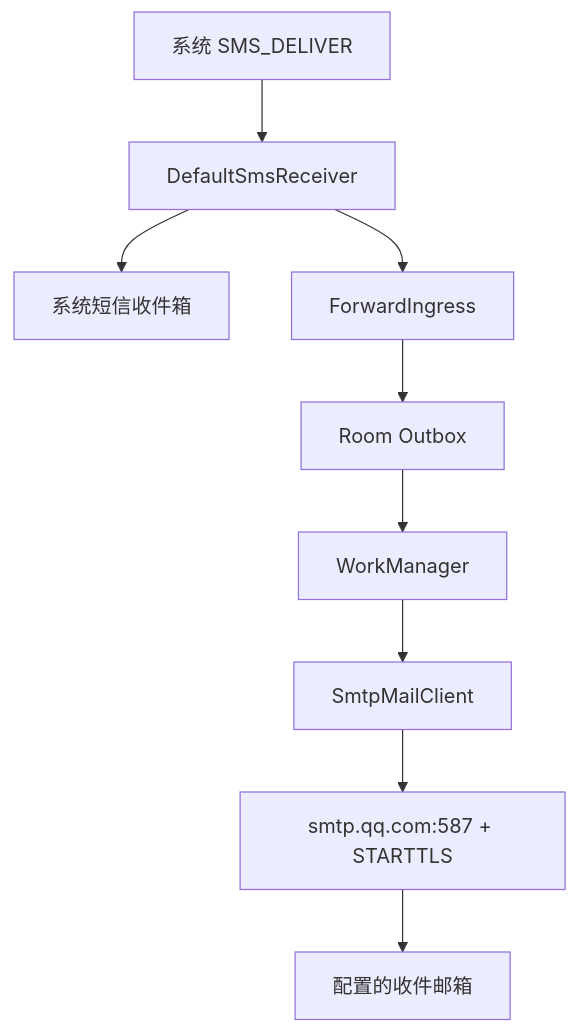
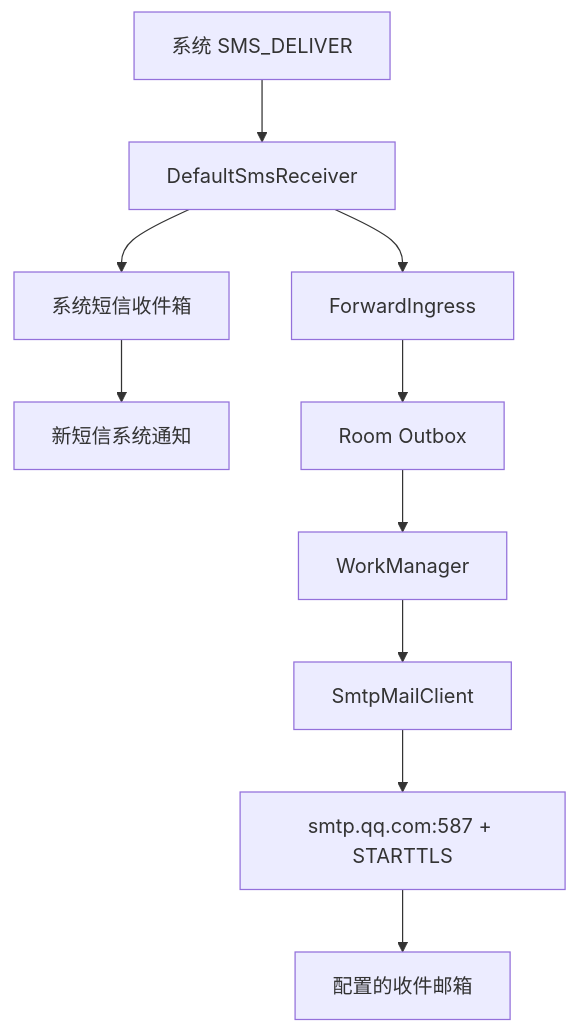
One commit to Eki-Raku/SmsRelay changed the first of 2 diagrams in ARCHITECTURE.md. Above: the diagram before and after it, drawn with Mermaid. The commit also changed other lines of this file and 16 other files, not shown here.

````diff
--- a/ARCHITECTURE.md
+++ b/ARCHITECTURE.md
@@ -17,11 +17,12 @@
 ```mermaid
 flowchart TD
     A["系统 SMS_DELIVER"] --> B["DefaultSmsReceiver"]
     B --> C["系统短信收件箱"]
+    C --> J["新短信系统通知"]
     B --> D["ForwardIngress"]
     D --> E["Room Outbox"]
     E --> F["WorkManager"]
     F --> G["SmtpMailClient"]
     G --> H["smtp.qq.com:587 + STARTTLS"]
     H --> I["配置的收件邮箱"]
 ```
````
